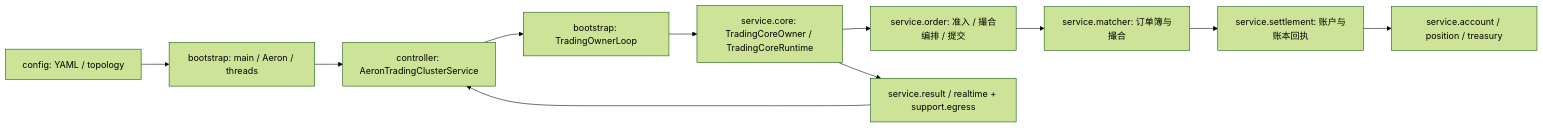
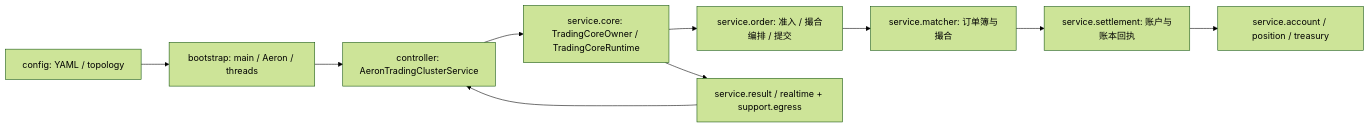
Before and after one commit to lilaizhencn/surprising-ex: the sixth of 6 diagrams in surprising-aeron-core/surprising-aeron-service/README.md, drawn with Mermaid (forest theme). The commit also changed other lines of this file and 18 other files, not shown here.

First line of the commit message:
refactor(aeron): 拔除中间人TradingOwnerLoop类并精简ClusterServiceEgress为单线程直发内核

````diff
--- a/surprising-aeron-core/surprising-aeron-service/README.md
+++ b/surprising-aeron-core/surprising-aeron-service/README.md
@@ -570,13 +568,12 @@
 ```mermaid
 flowchart LR
     CFG[config: YAML / topology] --> BOOT[bootstrap: main / Aeron / threads]
     BOOT --> CTRL[controller: AeronTradingClusterService]
-    CTRL --> LOOP[bootstrap: TradingOwnerLoop]
-    LOOP --> CORE[service.core: TradingCoreOwner / TradingCoreRuntime]
+    CTRL --> CORE[service.core: TradingCoreOwner / TradingCoreRuntime]
     CORE --> ORDER[service.order: 准入 / 撮合编排 / 提交]
     ORDER --> MATCHER[service.matcher: 订单簿与撮合]
     MATCHER --> SETTLE[service.settlement: 账户与账本回执]
     SETTLE --> ACCOUNT[service.account / position / treasury]
     CORE --> OUT[service.result / realtime + support.egress]
     OUT --> CTRL
 ```
````
